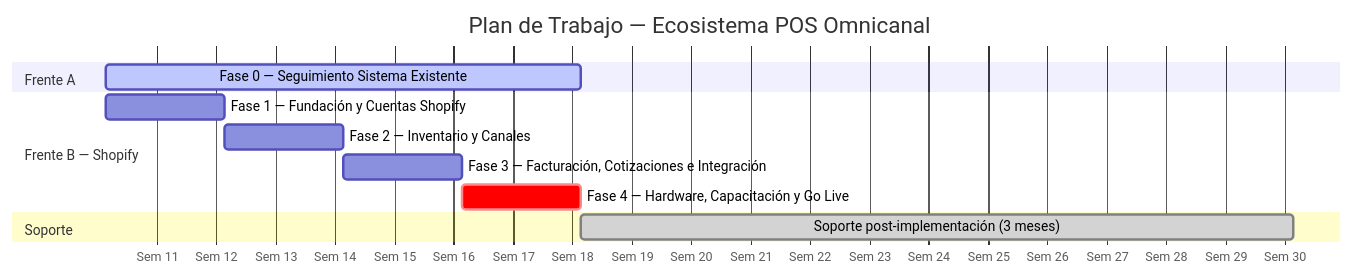
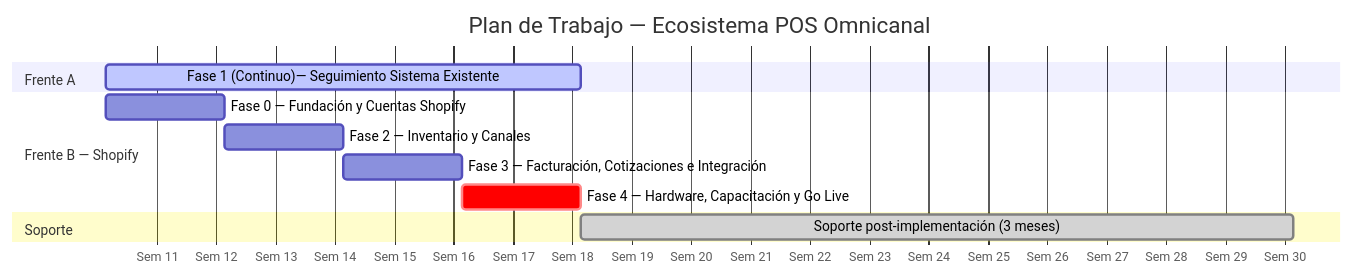
One commit to klefagency/q-app changed the diagram in cotizaciones/d002.md. Above: the diagram before and after it, drawn with Mermaid. The commit also changed other lines of this file, not shown here.

````diff
--- a/cotizaciones/d002.md
+++ b/cotizaciones/d002.md
@@ -74,18 +74,18 @@
 ```mermaid
 gantt
     title Plan de Trabajo — Ecosistema POS Omnicanal
     dateFormat  YYYY-MM-DD
     axisFormat  Sem %W
 
     section Frente A
-    Fase 0 — Seguimiento Sistema Existente  :active, f0, 2026-03-16, 8w
+    Fase 1 (Continuo)— Seguimiento Sistema Existente  :active, f0, 2026-03-16, 8w
 
     section Frente B — Shopify
-    Fase 1 — Fundación y Cuentas Shopify    :f1, 2026-03-16, 2w
+    Fase 0 — Fundación y Cuentas Shopify    :f1, 2026-03-16, 2w
     Fase 2 — Inventario y Canales           :f2, after f1, 2w
     Fase 3 — Facturación, Cotizaciones e Integración :f3, after f2, 2w
     Fase 4 — Hardware, Capacitación y Go Live        :crit, f4, after f3, 2w
 
     section Soporte
     Soporte post-implementación (3 meses)   :done, sop, after f4, 12w
 ```
````
